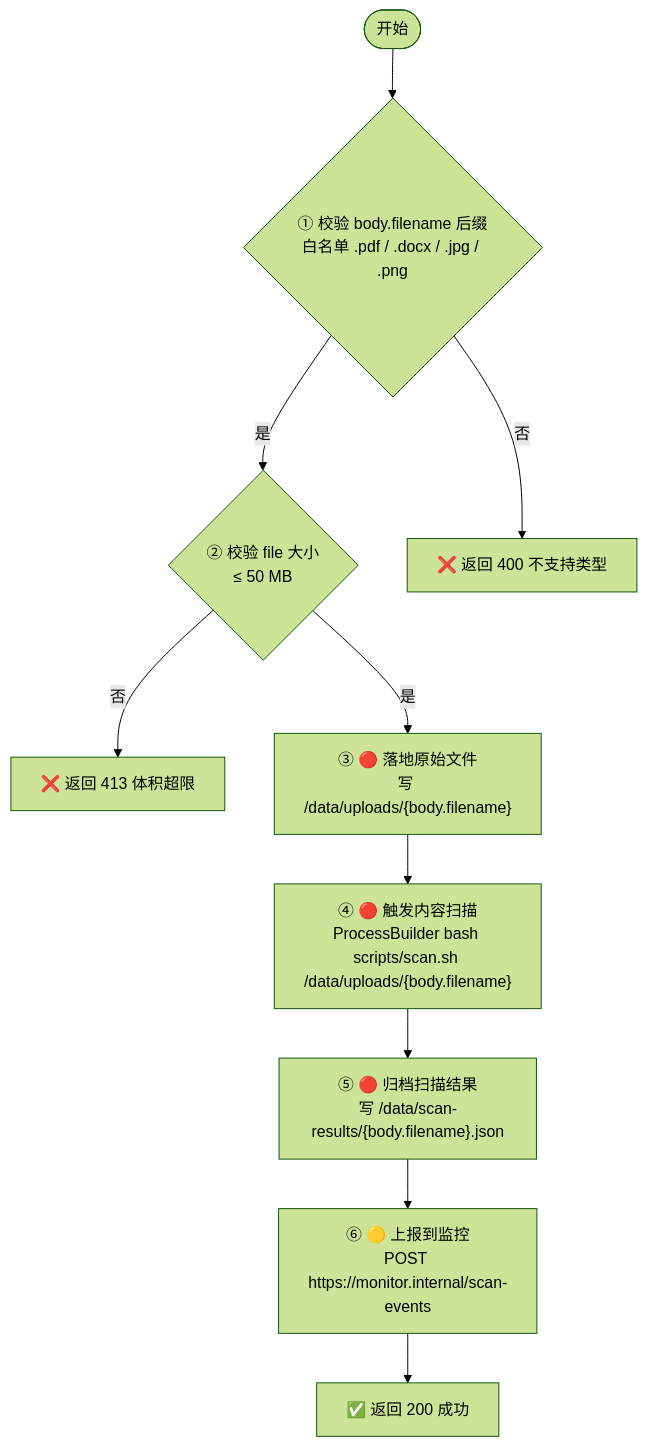
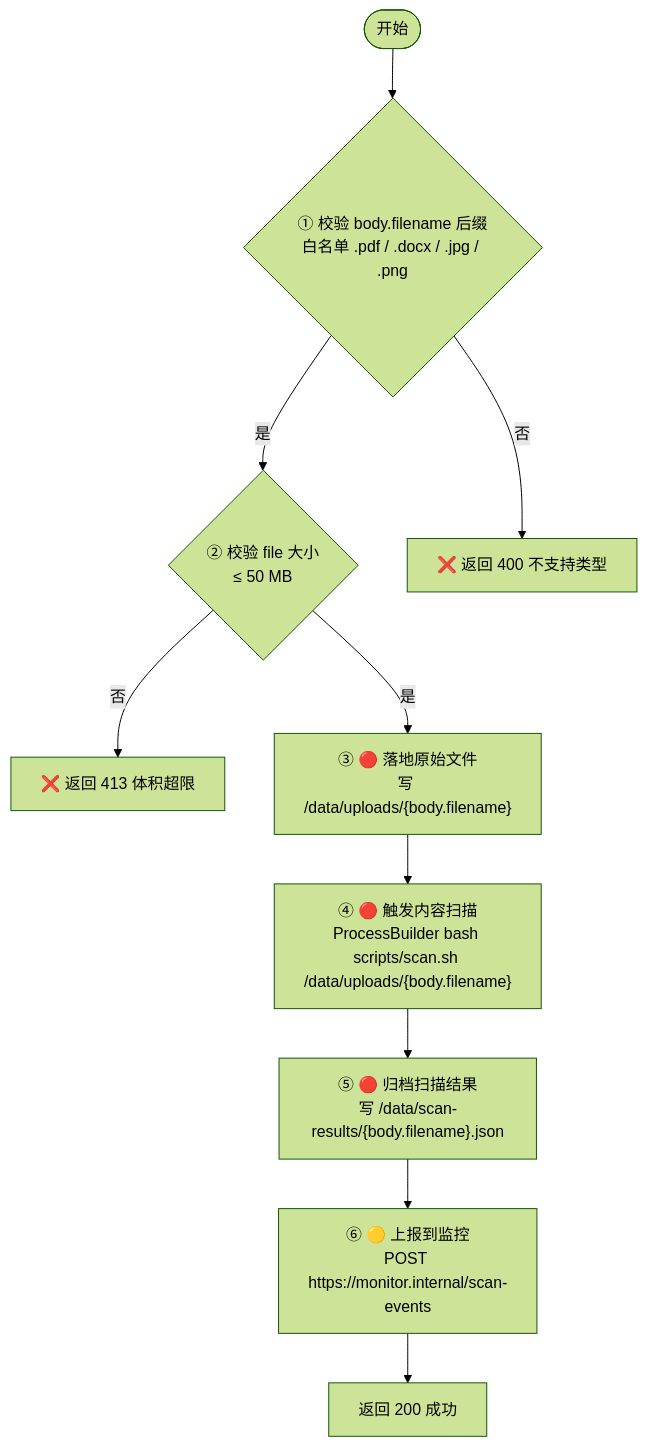
The diagram in .opencode/skills/biz-flow-recon/references/default.md (gcf0082/biz-flow-recon), drawn with Mermaid (forest theme) before and after one commit.

Commit message:
去掉 default.md 中残留的 ✅ 绿色标记

````diff
--- a/.opencode/skills/biz-flow-recon/references/default.md
+++ b/.opencode/skills/biz-flow-recon/references/default.md
@@ -45,23 +45,23 @@
 ```mermaid
 flowchart TD
     START([开始])
     CHECK_EXT{"① 校验 body.filename 后缀<br/>白名单 .pdf / .docx / .jpg / .png"}
     CHECK_SIZE{"② 校验 file 大小<br/>≤ 50 MB"}
     REJECT_EXT["❌ 返回 400 不支持类型"]
     REJECT_SIZE["❌ 返回 413 体积超限"]
     WRITE["③ 🔴 落地原始文件<br/>写 /data/uploads/{body.filename}"]
     SCAN["④ 🔴 触发内容扫描<br/>ProcessBuilder bash scripts/scan.sh /data/uploads/{body.filename}"]
     ARCHIVE["⑤ 🔴 归档扫描结果<br/>写 /data/scan-results/{body.filename}.json"]
     REPORT["⑥ 🟡 上报到监控<br/>POST https://monitor.internal/scan-events"]
-    RESPONSE["✅ 返回 200 成功"]
+    RESPONSE["返回 200 成功"]
 
     START --> CHECK_EXT
     CHECK_EXT -->|否| REJECT_EXT
     CHECK_EXT -->|是| CHECK_SIZE
     CHECK_SIZE -->|否| REJECT_SIZE
     CHECK_SIZE -->|是| WRITE
     WRITE --> SCAN
     SCAN --> ARCHIVE
     ARCHIVE --> REPORT
     REPORT --> RESPONSE
 ```
````
